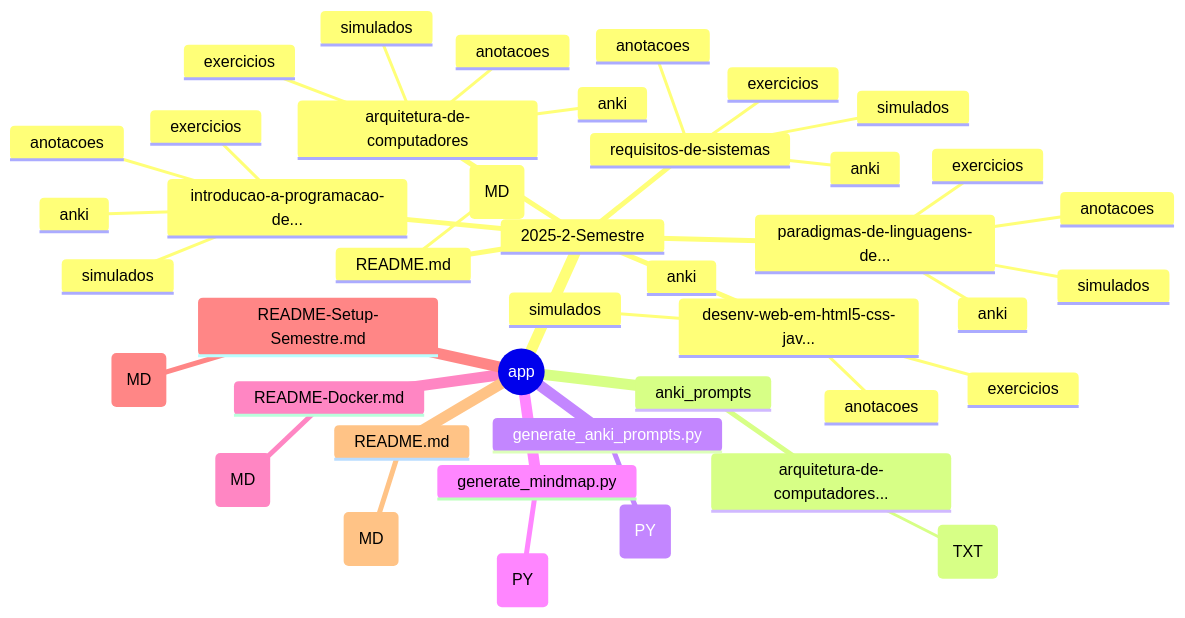
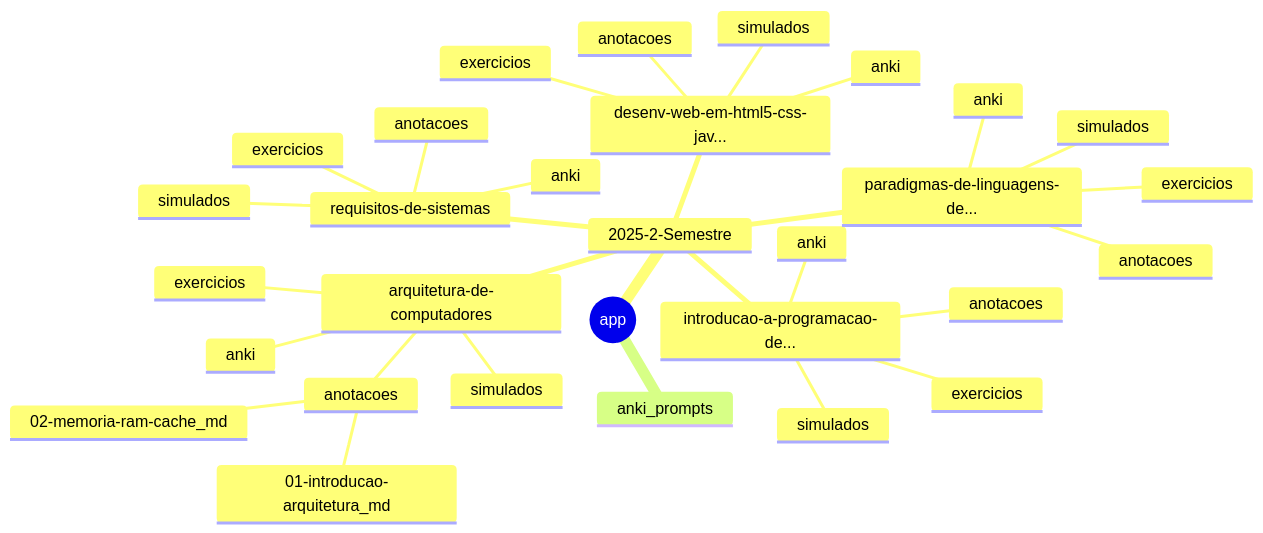
The diagram in MAPA_MENTAL.md (jean-nathan/jornada-eng-software), drawn with Mermaid before and after one commit. The commit also changed other lines of this file and 6 other files, not shown here.

Commit message:
004 - Fix GitHub Mermaid mindmap rendering with flowchart syntax v3

````diff
--- a/MAPA_MENTAL.md
+++ b/MAPA_MENTAL.md
@@ -7,45 +7,33 @@
 ```mermaid
 mindmap
   root((app))
     2025-2-Semestre
       arquitetura-de-computadores
         anki
         anotacoes
+          01-introducao-arquitetura_md
+          02-memoria-ram-cache_md
         exercicios
         simulados
       desenv-web-em-html5-css-jav...
         anki
         anotacoes
         exercicios
         simulados
       introducao-a-programacao-de...
         anki
         anotacoes
         exercicios
         simulados
       paradigmas-de-linguagens-de...
         anki
         anotacoes
         exercicios
         simulados
       requisitos-de-sistemas
         anki
         anotacoes
         exercicios
         simulados
-      README.md
-        (MD)
     anki_prompts
-      arquitetura-de-computadores...
-        (TXT)
-    generate_anki_prompts.py
-      (PY)
-    generate_mindmap.py
-      (PY)
-    README-Docker.md
-      (MD)
-    README-Setup-Semestre.md
-      (MD)
-    README.md
-      (MD)
 ```
````
